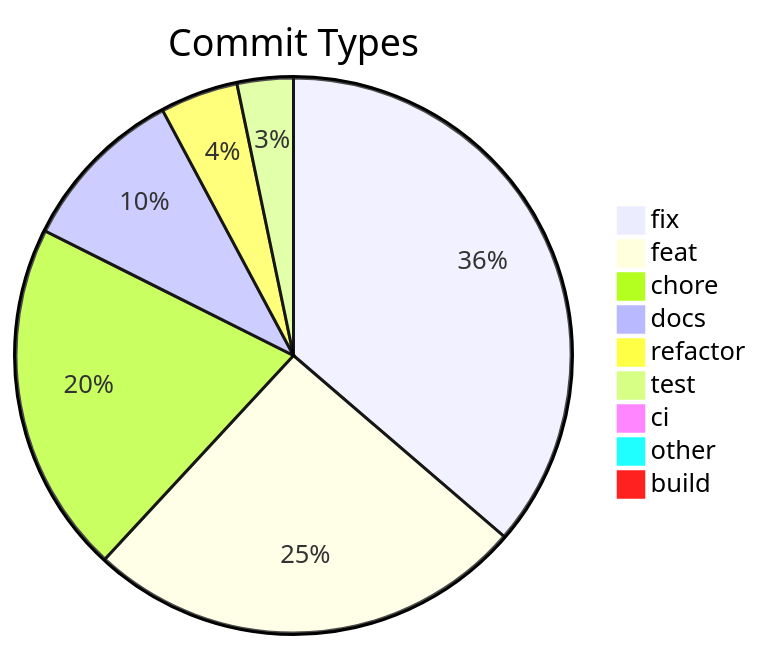
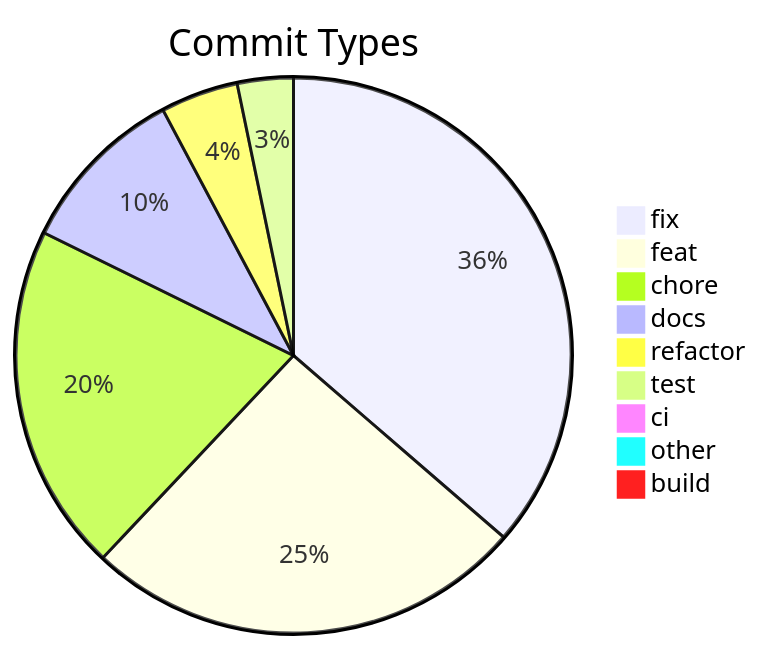
The diagram in .shipwright/compliance/change-history.md (svenroth-ai/shipwright-webui), drawn with Mermaid before and after one commit. The commit also changed other lines of this file and 26 other files, not shown here.

````diff
--- a/.shipwright/compliance/change-history.md
+++ b/.shipwright/compliance/change-history.md
@@ -8,12 +8,12 @@
 ```mermaid
 pie title Commit Types
-    "fix" : 200
-    "feat" : 141
-    "chore" : 113
-    "docs" : 54
+    "fix" : 201
+    "feat" : 142
+    "chore" : 112
+    "docs" : 55
     "refactor" : 25
     "test" : 18
     "ci" : 5
     "other" : 4
     "build" : 1
 ```
````
